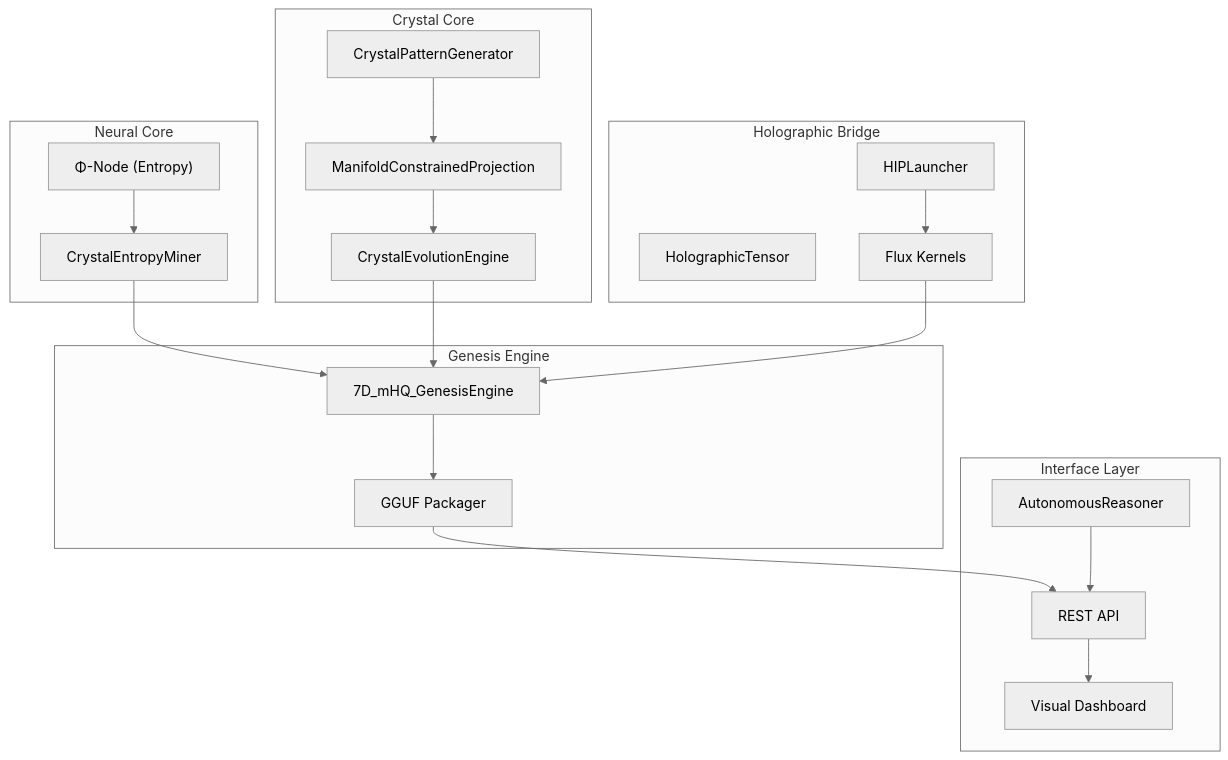
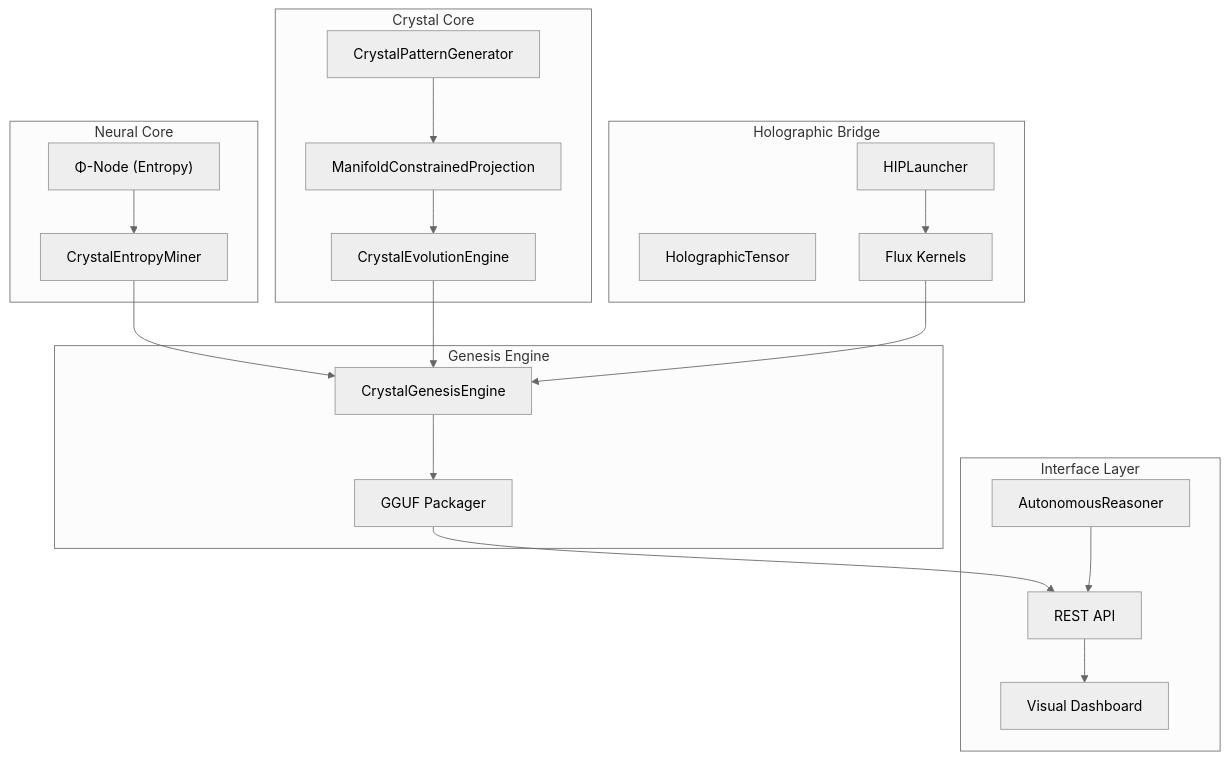
One commit to basedgod55hjl/CBM-Q-Living-AI-Quantum-Holographic-Crystals changed the diagram in docs/ARCHITECTURE_OVERVIEW.md. Above: the diagram before and after it, drawn with Mermaid (neutral theme). The commit also changed other lines of this file and 7 other files, not shown here.

First line of the commit message:
Major Enhancement: Graphs, Visualizations, and Documentation Update

````diff
--- a/docs/ARCHITECTURE_OVERVIEW.md
+++ b/docs/ARCHITECTURE_OVERVIEW.md
@@ -9,42 +9,42 @@
 ```mermaid
 graph TB
     subgraph "Crystal Core"
         CP[CrystalPatternGenerator]
         CEE[CrystalEvolutionEngine]
         MCP[ManifoldConstrainedProjection]
     end
     
     subgraph "Neural Core"
         EM[CrystalEntropyMiner]
         PHI["Φ-Node (Entropy)"]
     end
     
     subgraph "Holographic Bridge"
         HL[HIPLauncher]
         HT[HolographicTensor]
         FK[Flux Kernels]
     end
     
     subgraph "Genesis Engine"
-        GE[7D_mHQ_GenesisEngine]
+        GE[CrystalGenesisEngine]
         GGUF[GGUF Packager]
     end
     
     subgraph "Interface Layer"
         AR[AutonomousReasoner]
         UI[Visual Dashboard]
         API[REST API]
     end
     
     PHI --> EM
     EM --> GE
     CP --> MCP
     MCP --> CEE
     CEE --> GE
     HL --> FK
     FK --> GE
     GE --> GGUF
     GGUF --> API
     AR --> API
     API --> UI
 ```
````
